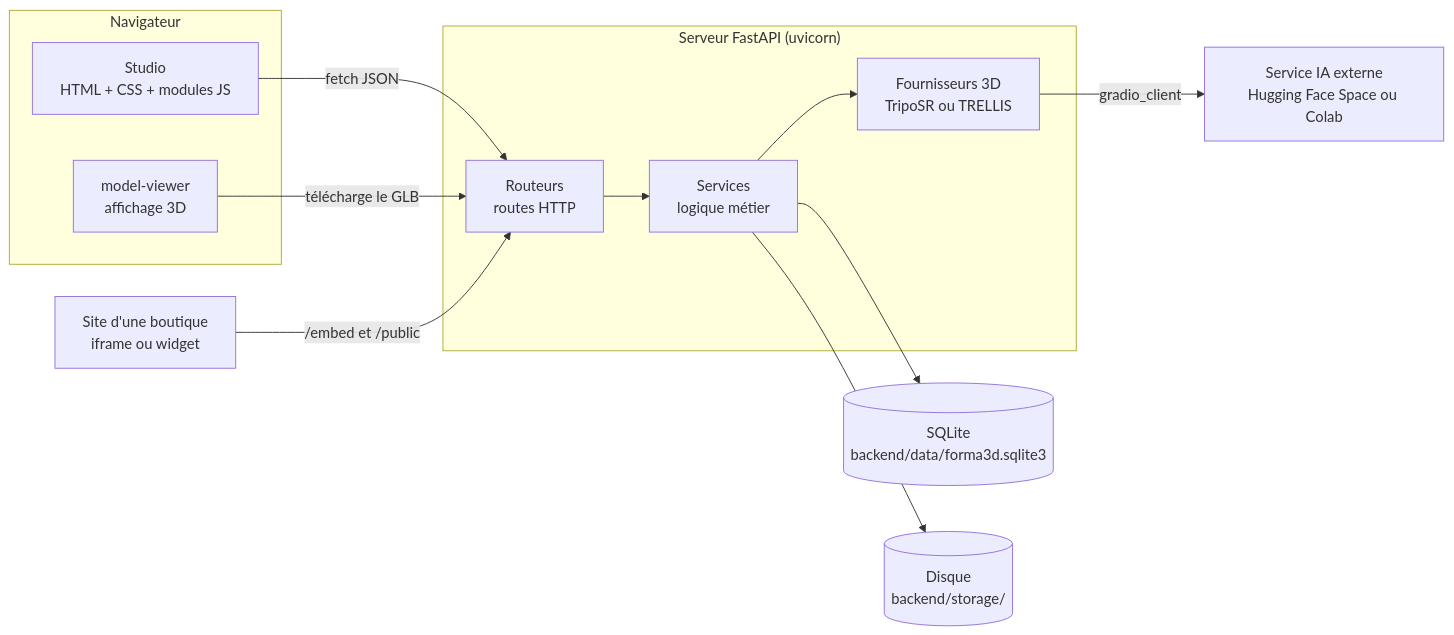
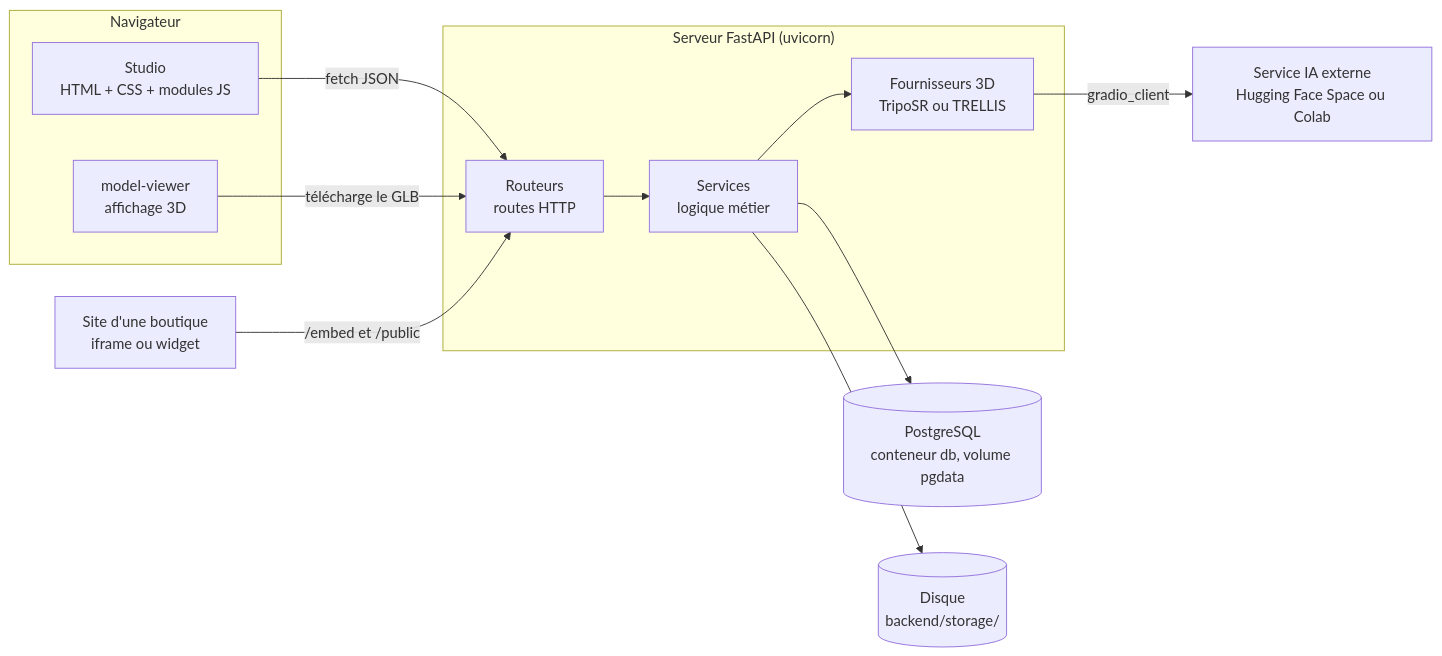
Before and after one commit to Yas-sin-e/forma3d-kit: the second of 22 diagrams in docs/COMPRENDRE-FORMA3D.md, drawn with Mermaid. The commit also changed other lines of this file, not shown here.

Commit message:
docs: update code explanation guide for PostgreSQL

````diff
--- a/docs/COMPRENDRE-FORMA3D.md
+++ b/docs/COMPRENDRE-FORMA3D.md
@@ -158,25 +158,25 @@
 ```mermaid
 flowchart LR
     subgraph Navigateur
         UI["Studio<br/>HTML + CSS + modules JS"]
         MV["model-viewer<br/>affichage 3D"]
     end
     subgraph Serveur["Serveur FastAPI (uvicorn)"]
         R["Routeurs<br/>routes HTTP"]
         S["Services<br/>logique métier"]
         P["Fournisseurs 3D<br/>TripoSR ou TRELLIS"]
     end
-    DB[("SQLite<br/>backend/data/forma3d.sqlite3")]
+    DB[("PostgreSQL<br/>conteneur db, volume pgdata")]
     FS[("Disque<br/>backend/storage/")]
     HF["Service IA externe<br/>Hugging Face Space ou Colab"]
     Site["Site d'une boutique<br/>iframe ou widget"]
 
     UI -->|fetch JSON| R
     MV -->|télécharge le GLB| R
     R --> S
     S --> DB
     S --> FS
     S --> P
     P -->|gradio_client| HF
     Site -->|/embed et /public| R
 ```
````
